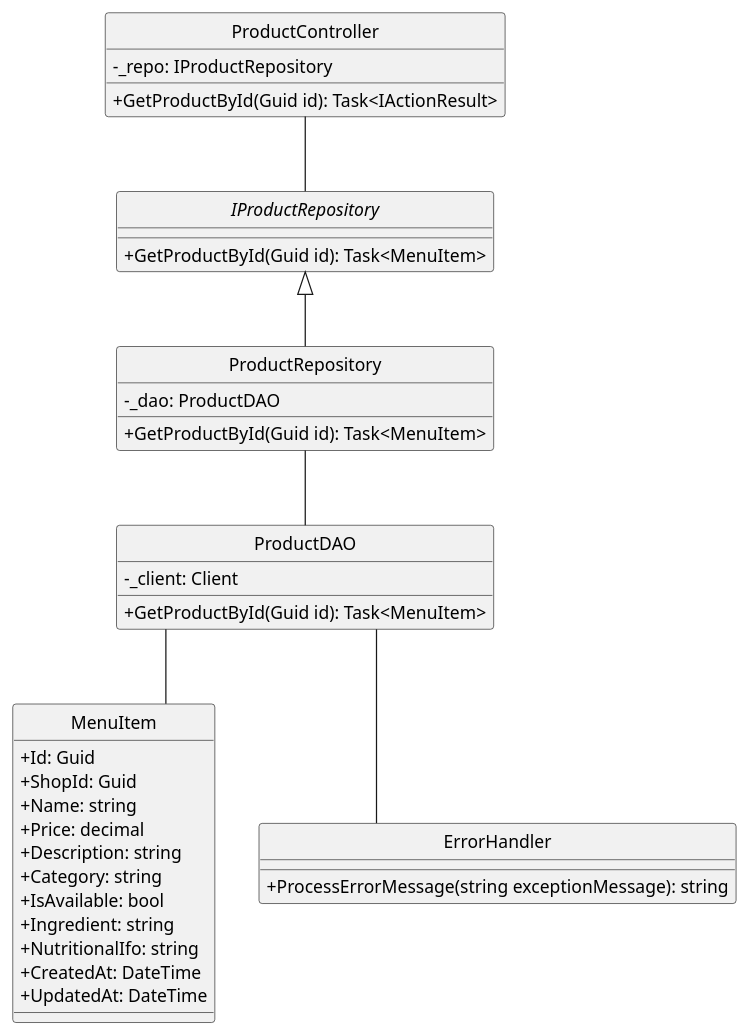
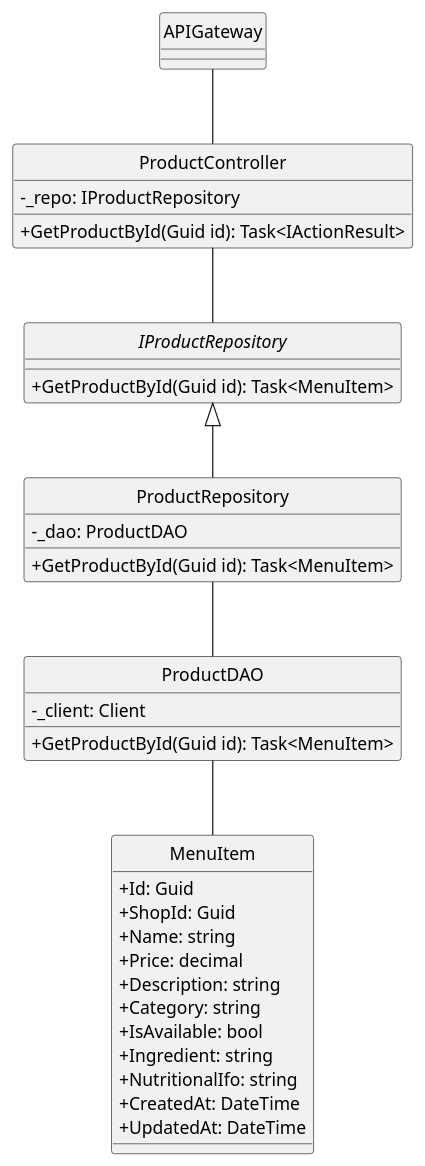
Before and after one commit to minhnhut23/FPT-OBOMS: the diagram in docs/ClassDiagram/Product/GetProductByID.plantuml, drawn with PlantUML. The commit also changed 44 other files, not shown here.

```diff
--- a/docs/ClassDiagram/Product/GetProductByID.plantuml
+++ b/docs/ClassDiagram/Product/GetProductByID.plantuml
@@ -1,56 +1,53 @@
 @startuml
 hide circle
 skinparam classAttributeIconSize 0
 skinparam linetype ortho
 
+class APIGateway {
+}
 ' Controller for product operations
 class ProductController {
     - _repo: IProductRepository
     + GetProductById(Guid id): Task<IActionResult>
 }
 
 ' Repository interface defining the GetProductById method
 interface IProductRepository {
     + GetProductById(Guid id): Task<MenuItem>
 }
 
 ' Repository implementation that delegates to the DAO
 class ProductRepository {
     - _dao: ProductDAO
     + GetProductById(Guid id): Task<MenuItem>
 }
 
 ' Data Access Object handling database interactions
 class ProductDAO {
     - _client: Client
     + GetProductById(Guid id): Task<MenuItem>
 }
 
 ' Domain model representing a product
 class MenuItem {
     + Id: Guid
     + ShopId: Guid
     + Name: string
     + Price: decimal
     + Description: string
     + Category: string
     + IsAvailable: bool
     + Ingredient: string
     + NutritionalIfo: string
     + CreatedAt: DateTime
     + UpdatedAt: DateTime
 }
 
-' Utility class to handle errors
-class ErrorHandler {
-    + ProcessErrorMessage(string exceptionMessage): string
-}
-
 ' Relationships among classes
+APIGateway -- ProductController
 ProductController -- IProductRepository
 IProductRepository <|-- ProductRepository
 ProductRepository -- ProductDAO
 ProductDAO -- MenuItem
-ProductDAO -- ErrorHandler
 
 @enduml
```
